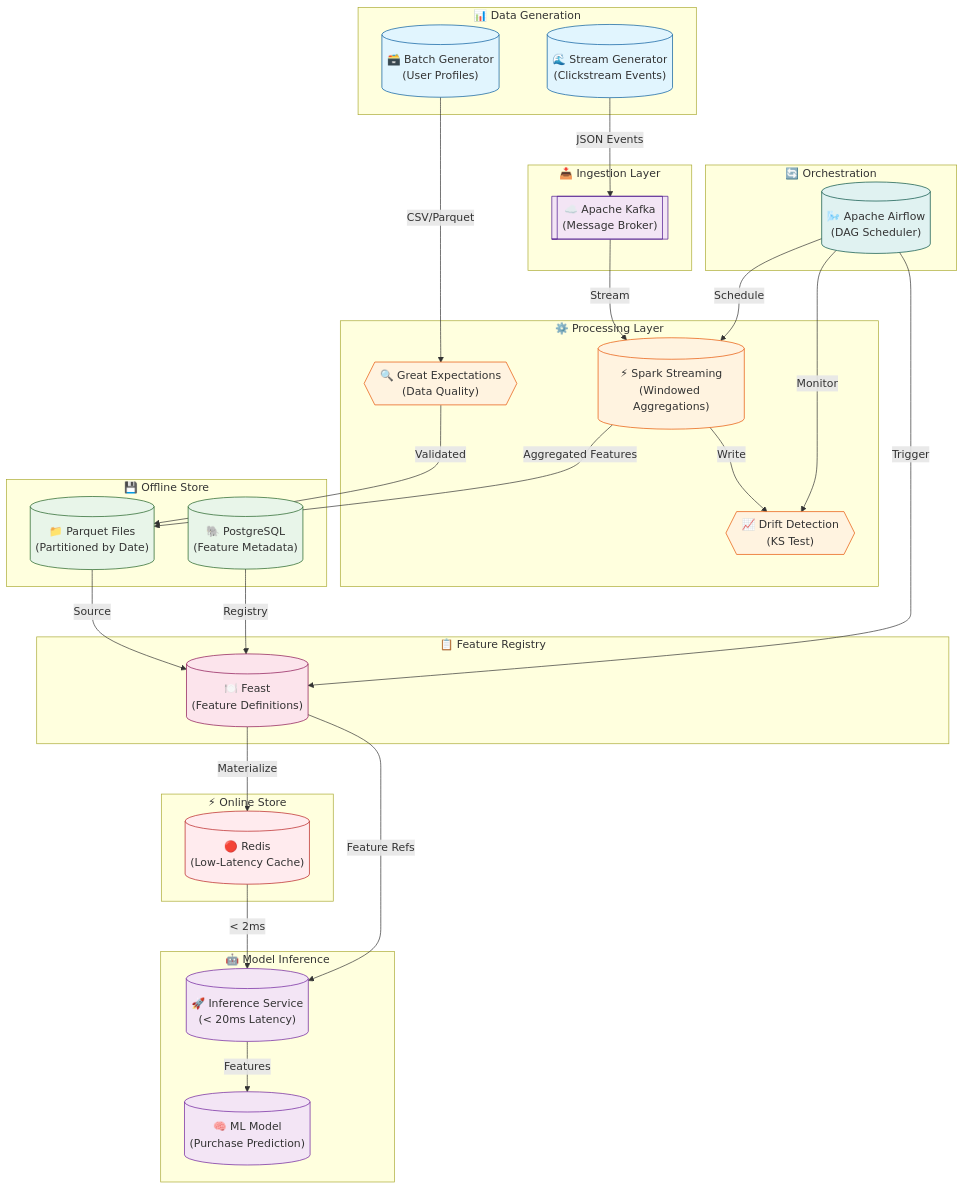
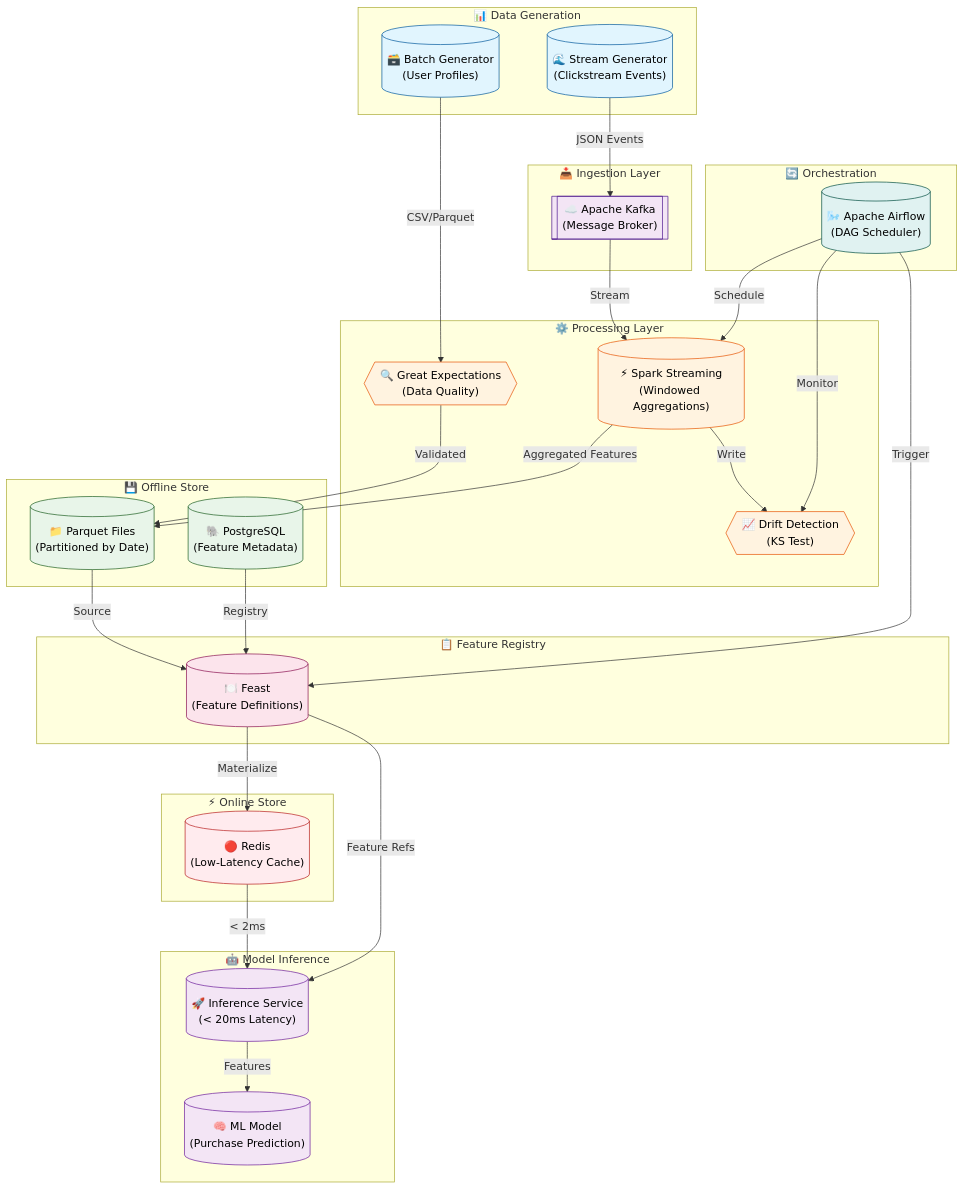
The first of 2 diagrams in README.md (OnlyAhad13/ML-Feature-Store-Enterprise-Grade), drawn with Mermaid before and after one commit.

````diff
--- a/README.md
+++ b/README.md
@@ -22,81 +22,81 @@
 ```mermaid
 flowchart TB
     subgraph DataGeneration["📊 Data Generation"]
         BG[("🗃️ Batch Generator<br/>(User Profiles)")]
         SG[("🌊 Stream Generator<br/>(Clickstream Events)")]
     end
 
     subgraph Ingestion["📥 Ingestion Layer"]
         KAFKA[["☁️ Apache Kafka<br/>(Message Broker)"]]
     end
 
     subgraph Processing["⚙️ Processing Layer"]
         SPARK[("⚡ Spark Streaming<br/>(Windowed Aggregations)")]
         GE{{"🔍 Great Expectations<br/>(Data Quality)"}}
         DRIFT{{"📈 Drift Detection<br/>(KS Test)"}}
     end
 
     subgraph OfflineStore["💾 Offline Store"]
         PARQUET[("📁 Parquet Files<br/>(Partitioned by Date)")]
         POSTGRES[("🐘 PostgreSQL<br/>(Feature Metadata)")]
     end
 
     subgraph FeatureRegistry["📋 Feature Registry"]
         FEAST[("🍽️ Feast<br/>(Feature Definitions)")]
     end
 
     subgraph OnlineStore["⚡ Online Store"]
         REDIS[("🔴 Redis<br/>(Low-Latency Cache)")]
     end
 
     subgraph Orchestration["🔄 Orchestration"]
         AIRFLOW[("🌬️ Apache Airflow<br/>(DAG Scheduler)")]
     end
 
     subgraph Inference["🤖 Model Inference"]
         API[("🚀 Inference Service<br/>(< 20ms Latency)")]
         MODEL[("🧠 ML Model<br/>(Purchase Prediction)")]
     end
 
     %% Data Flow
     BG -->|"CSV/Parquet"| GE
     GE -->|"Validated"| PARQUET
     SG -->|"JSON Events"| KAFKA
     KAFKA -->|"Stream"| SPARK
     SPARK -->|"Aggregated Features"| PARQUET
     SPARK -->|"Write"| DRIFT
     
     %% Feature Store Flow
     PARQUET -->|"Source"| FEAST
     POSTGRES -->|"Registry"| FEAST
     FEAST -->|"Materialize"| REDIS
     
     %% Orchestration
     AIRFLOW -->|"Schedule"| SPARK
     AIRFLOW -->|"Trigger"| FEAST
     AIRFLOW -->|"Monitor"| DRIFT
     
     %% Inference Flow
     REDIS -->|"< 2ms"| API
     FEAST -->|"Feature Refs"| API
     API -->|"Features"| MODEL
 
     %% Styling
-    classDef generator fill:#e1f5fe,stroke:#01579b
-    classDef kafka fill:#f3e5f5,stroke:#4a148c
-    classDef spark fill:#fff3e0,stroke:#e65100
-    classDef storage fill:#e8f5e9,stroke:#1b5e20
-    classDef feast fill:#fce4ec,stroke:#880e4f
-    classDef redis fill:#ffebee,stroke:#b71c1c
-    classDef airflow fill:#e0f2f1,stroke:#004d40
-    classDef inference fill:#f3e5f5,stroke:#6a1b9a
+    classDef generator fill:#e1f5fe,stroke:#01579b,color:#000000
+    classDef kafka fill:#f3e5f5,stroke:#4a148c,color:#000000
+    classDef spark fill:#fff3e0,stroke:#e65100,color:#000000
+    classDef storage fill:#e8f5e9,stroke:#1b5e20,color:#000000
+    classDef feast fill:#fce4ec,stroke:#880e4f,color:#000000
+    classDef redis fill:#ffebee,stroke:#b71c1c,color:#000000
+    classDef airflow fill:#e0f2f1,stroke:#004d40,color:#000000
+    classDef inference fill:#f3e5f5,stroke:#6a1b9a,color:#000000
 
     class BG,SG generator
     class KAFKA kafka
     class SPARK,GE,DRIFT spark
     class PARQUET,POSTGRES storage
     class FEAST feast
     class REDIS redis
     class AIRFLOW airflow
     class API,MODEL inference
 ```
````
